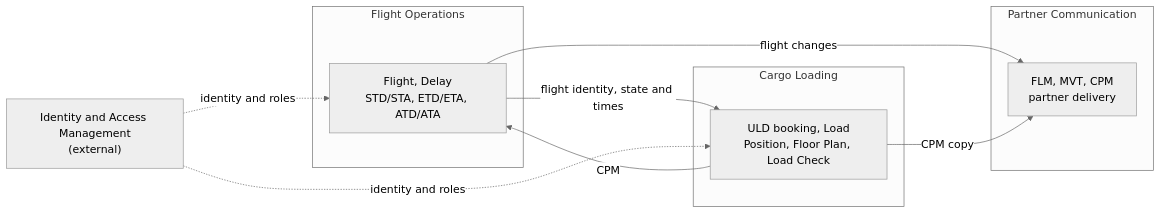
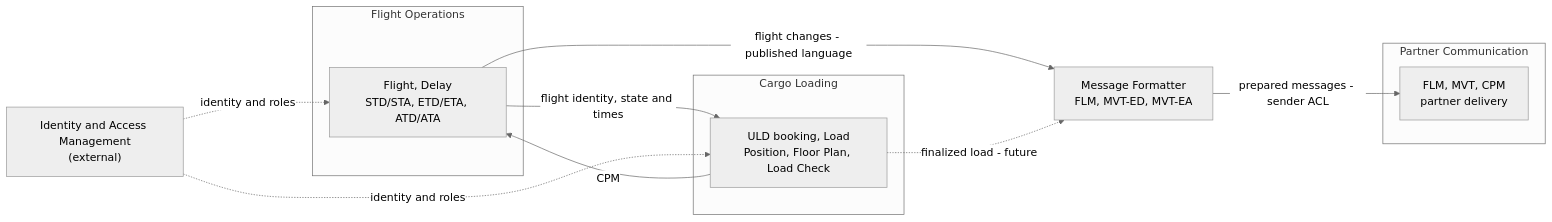
The first of 9 diagrams in architecture/analyse.md (ebhd/air-freight-operations), drawn with Mermaid (neutral theme) before and after one commit. The commit also changed other lines of this file and 74 other files, not shown here.

First line of the commit message:
refactor: separate flight delays and extract message formatter

````diff
--- a/architecture/analyse.md
+++ b/architecture/analyse.md
@@ -18,20 +18,22 @@
 ```mermaid
 flowchart LR
     subgraph FO["Flight Operations"]
         F["Flight, Delay<br/>STD/STA, ETD/ETA, ATD/ATA"]
     end
     subgraph CL["Cargo Loading"]
         C["ULD booking, Load<br/>Position, Floor Plan, Load Check"]
     end
     subgraph PC["Partner Communication"]
         M["FLM, MVT, CPM<br/>partner delivery"]
     end
     IAM["Identity and Access Management<br/>(external)"]
 
     F -->|flight identity, state and times| C
-    F -->|flight changes| M
+    MF["Message Formatter<br/>FLM, MVT-ED, MVT-EA"]
+    F -->|flight changes - published language| MF
+    MF -->|prepared messages - sender ACL| M
     C -->|CPM| F
-    C -->|CPM copy| M
+    C -.->|finalized load - future| MF
     IAM -.->|identity and roles| F
     IAM -.->|identity and roles| C
 ```
````
